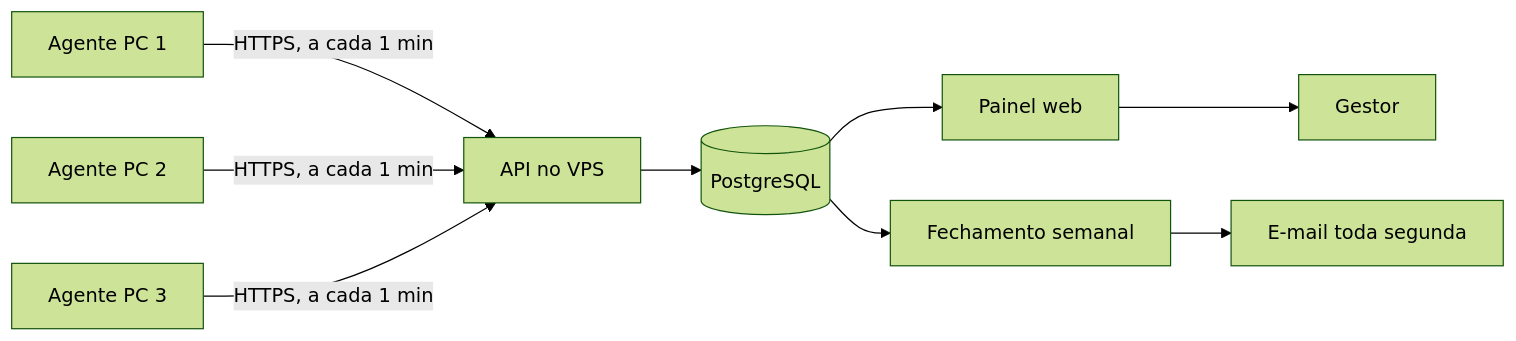
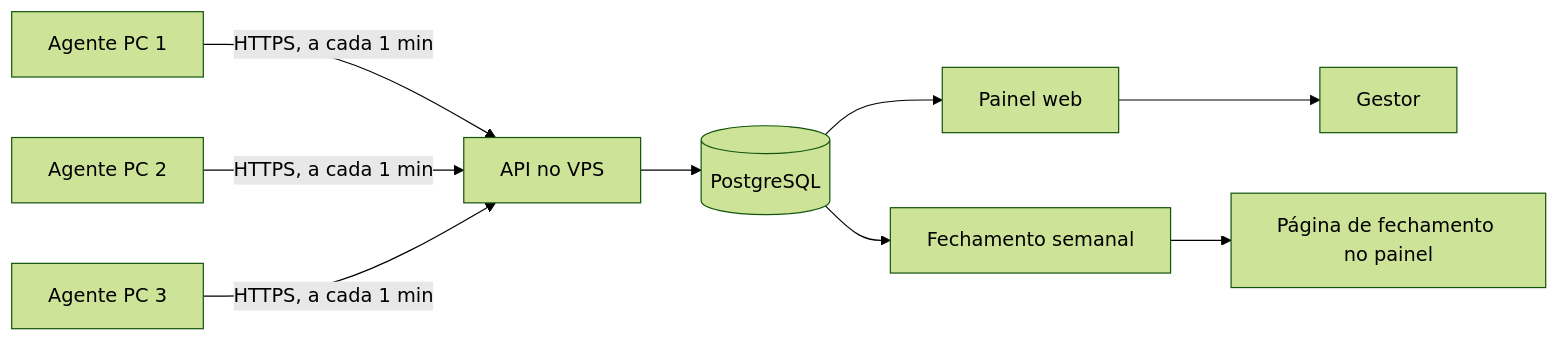
The diagram in docs/plano-monitor.md (anata79/REPOSITORIO), drawn with Mermaid (forest theme) before and after one commit. The commit also changed other lines of this file, not shown here.

First line of the commit message:
Fecha decisões do plano: janela ativa, login simples, sem e-mail

````diff
--- a/docs/plano-monitor.md
+++ b/docs/plano-monitor.md
@@ -27,7 +29,7 @@
 ```mermaid
 flowchart LR
   A1["Agente PC 1"] & A2["Agente PC 2"] & A3["Agente PC 3"] -- "HTTPS, a cada 1 min" --> API["API no VPS"]
   API --> DB[("PostgreSQL")]
   DB --> P["Painel web"] --> G["Gestor"]
-  DB --> N["Fechamento semanal"] --> W["E-mail toda segunda"]
+  DB --> N["Fechamento semanal"] --> W["Página de fechamento no painel"]
 ```
````
